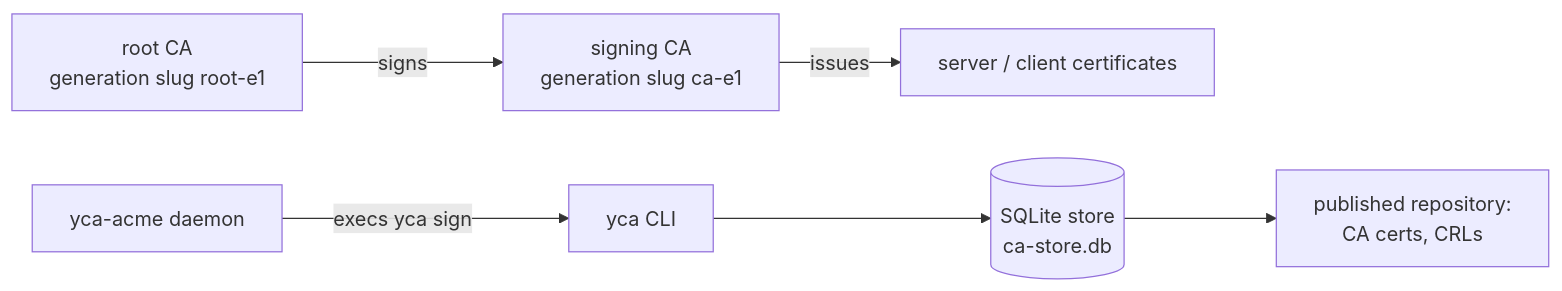
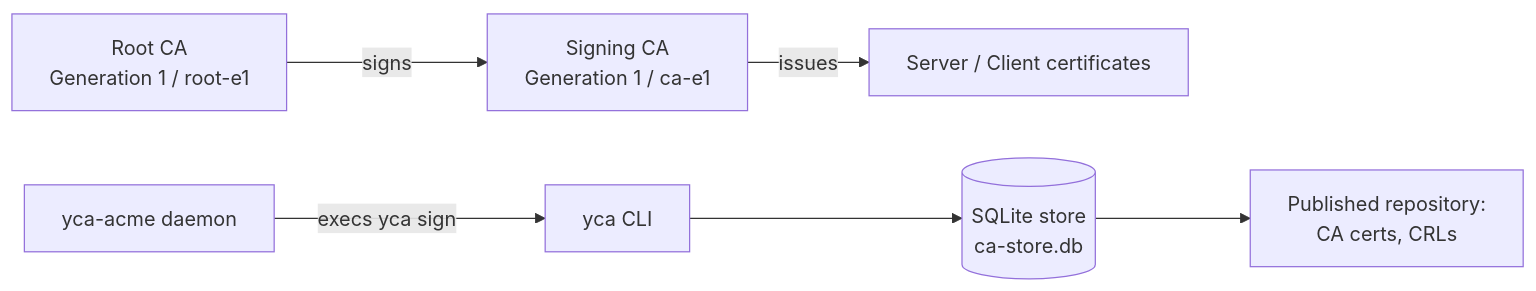
The diagram in README.md (p7cq/yca), drawn with Mermaid before and after one commit. The commit also changed other lines of this file and 2 other files, not shown here.

````diff
--- a/README.md
+++ b/README.md
@@ -9,8 +9,8 @@
 ```mermaid
 flowchart LR
-    R[root CA<br/>generation slug root-e1] -->|signs| S[signing CA<br/>generation slug ca-e1]
-    S -->|issues| EE[server / client certificates]
+    R[Root CA<br/>Generation 1 / root-e1] -->|signs| S[Signing CA<br/>Generation 1 / ca-e1]
+    S -->|issues| EE[Server / Client certificates]
     CLI[yca CLI] --> ST[(SQLite store<br/>ca-store.db)]
     ACME[yca-acme daemon] -->|execs yca sign| CLI
-    ST --> PUB[published repository:<br/>CA certs, CRLs]
+    ST --> PUB[Published repository:<br/>CA certs, CRLs]
 ```
````
